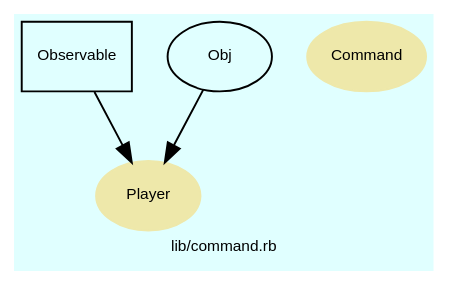
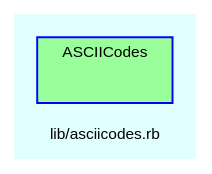
One commit to Tyche/teensymud changed the diagram in doc/dot/f_3.dot. Above: the diagram before and after it, drawn with Graphviz. The commit also changed 166 other files, not shown here.

```diff
--- a/doc/dot/f_3.dot
+++ b/doc/dot/f_3.dot
@@ -1,50 +1,29 @@
 digraph TopLevel {
     compound = true
     bgcolor = lightcyan1
     fontname = Arial
     fontsize = 8
-    label = "lib/command.rb"
+    label = "lib/asciicodes.rb"
     node [
         fontname = Arial,
         fontsize = 8,
         color = black
     ]
 
-    Player [
-        fontcolor = black,
-        URL = "classes/Player.html",
-        shape = ellipse,
-        color = palegoldenrod,
-        style = filled,
-        label = "Player"
-    ]
+    subgraph cluster_ASCIICodes {
+        fillcolor = palegreen1
+        URL = "classes/ASCIICodes.html"
+        fontname = Arial
+        color = blue
+        label = "ASCIICodes"
+        style = filled
+        ASCIICodes [
+            shape = plaintext,
+            height = 0.01,
+            width = 0.75,
+            label = ""
+        ]
 
-    Command [
-        fontcolor = black,
-        URL = "classes/Command.html",
-        shape = ellipse,
-        color = palegoldenrod,
-        style = filled,
-        label = "Command"
-    ]
-
-    Observable [
-        URL = "classes/Observable.html",
-        shape = box,
-        label = "Observable"
-    ]
-
-    Observable -> Player [
-
-    ]
-
-    Obj [
-        URL = "classes/Obj.html",
-        label = "Obj"
-    ]
-
-    Obj -> Player [
-
-    ]
+    }
 
 }
```
